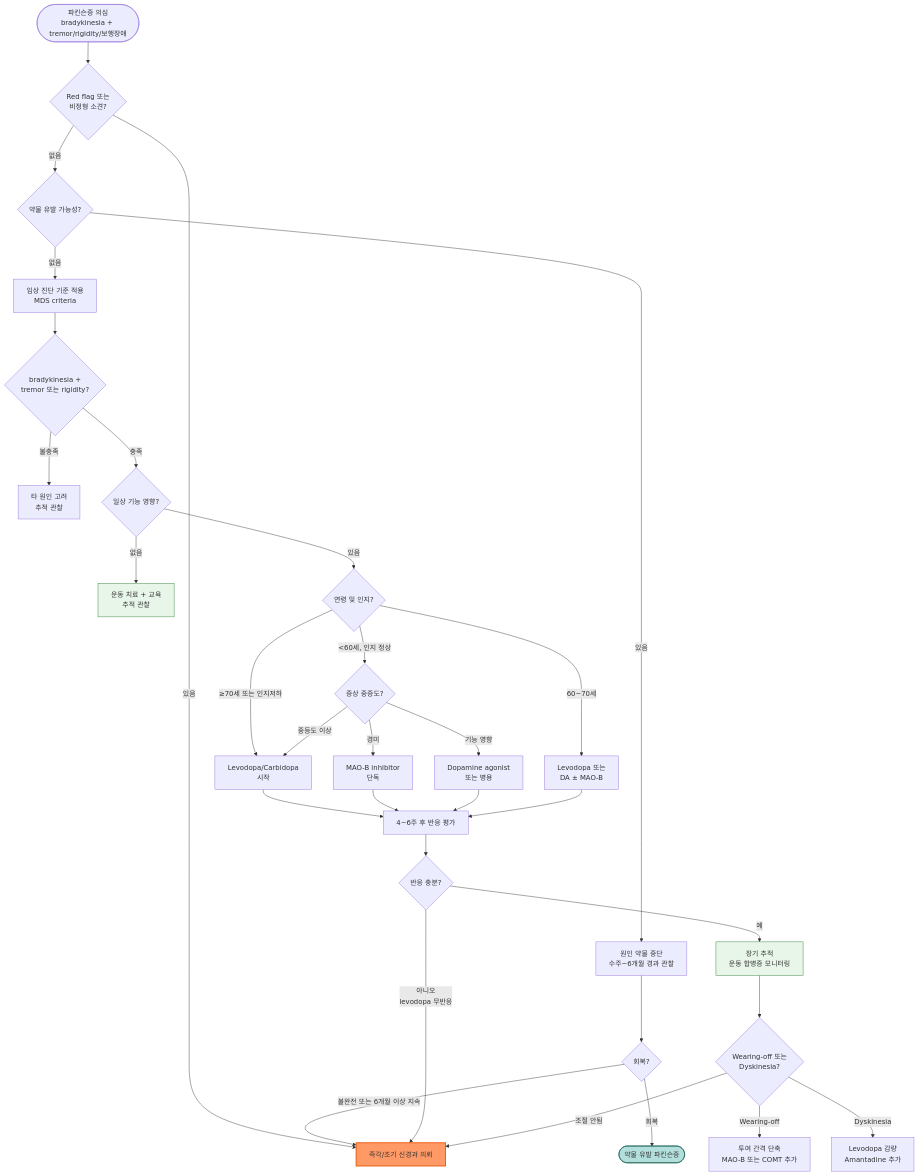
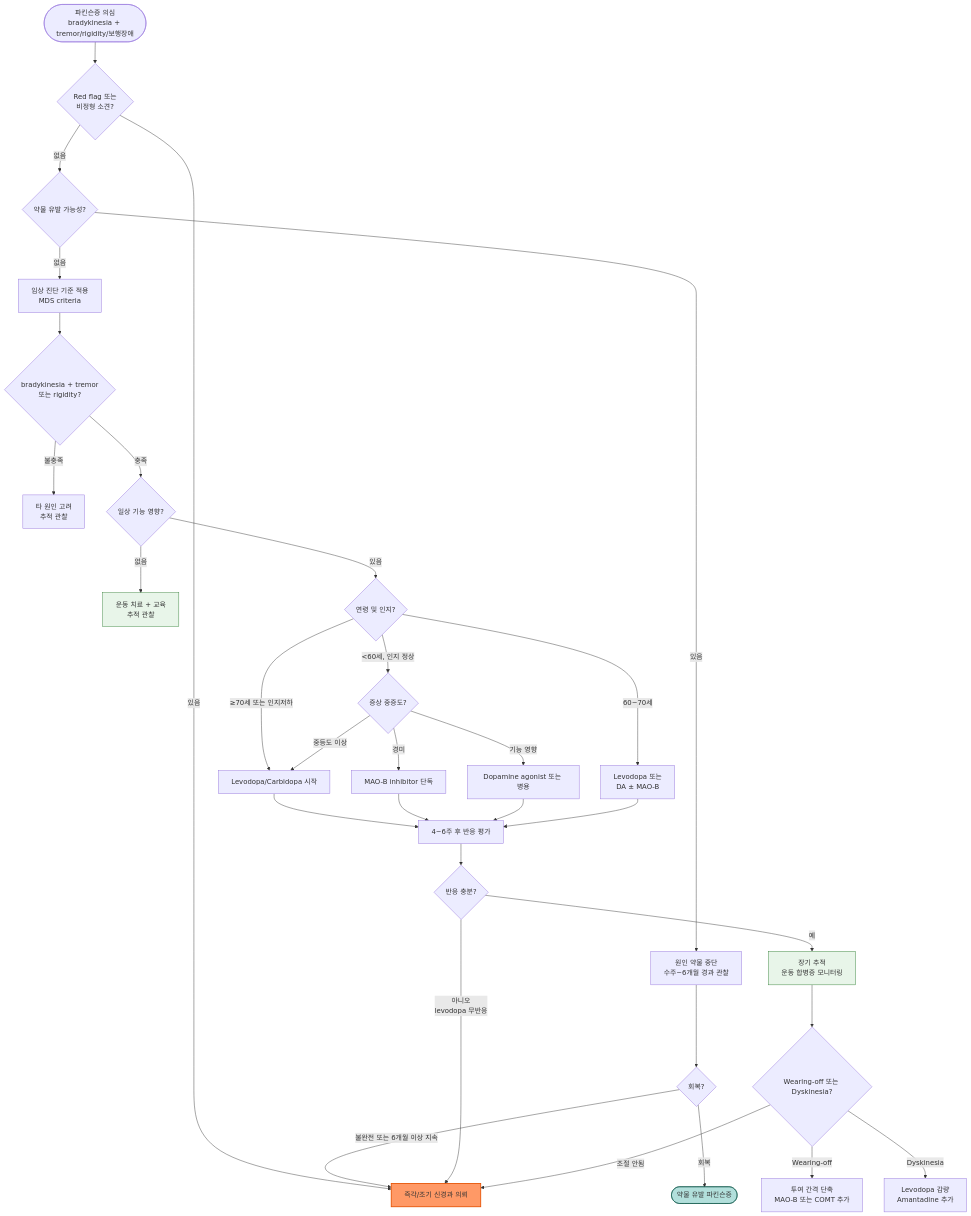
One commit to familyoh77/familyoh77 changed the diagram in 221_/035_-parkinsons-disease.md. Above: the diagram before and after it, drawn with Mermaid. The commit also changed other lines of this file, not shown here.

````diff
--- a/221_/035_-parkinsons-disease.md
+++ b/221_/035_-parkinsons-disease.md
@@ -207,38 +202,38 @@
 ```mermaid
 graph TD
-    A([파킨슨증 의심\nbradykinesia + tremor/rigidity/보행장애]) --> B{Red flag 또는\n비정형 소견?}
+    A([파킨슨증 의심<br/>bradykinesia + tremor/rigidity/보행장애]) --> B{Red flag 또는 <br/>비정형 소견?}
     B -->|있음| C[즉각/조기 신경과 의뢰]
     B -->|없음| D{약물 유발 가능성?}
-    D -->|있음| E[원인 약물 중단\n수주~6개월 경과 관찰]
+    D -->|있음| E[원인 약물 중단<br/>수주~6개월 경과 관찰]
     E --> F{회복?}
     F -->|불완전 또는 6개월 이상 지속| C
     F -->|회복| G([약물 유발 파킨슨증])
-    D -->|없음| H[임상 진단 기준 적용\nMDS criteria]
-    H --> I{bradykinesia +\ntremor 또는 rigidity?}
-    I -->|불충족| J[타 원인 고려\n추적 관찰]
+    D -->|없음| H[임상 진단 기준 적용<br/>MDS criteria]
+    H --> I{bradykinesia + tremor <br/>또는 rigidity?}
+    I -->|불충족| J[타 원인 고려<br/>추적 관찰]
     I -->|충족| K{일상 기능 영향?}
-    K -->|없음| L[운동 치료 + 교육\n추적 관찰]
+    K -->|없음| L[운동 치료 + 교육<br/>추적 관찰]
     K -->|있음| M{연령 및 인지?}
-    M -->|≥70세 또는 인지저하| N[Levodopa/Carbidopa\n시작]
+    M -->|≥70세 또는 인지저하| N[Levodopa/Carbidopa 시작]
     M -->|<60세, 인지 정상| O{증상 중증도?}
-    O -->|경미| P[MAO-B inhibitor\n단독]
-    O -->|기능 영향| Q[Dopamine agonist\n또는 병용]
+    O -->|경미| P[MAO-B inhibitor 단독]
+    O -->|기능 영향| Q[Dopamine agonist 또는 병용]
     O -->|중등도 이상| N
-    M -->|60~70세| R[Levodopa 또는\nDA ± MAO-B]
+    M -->|60~70세| R[Levodopa 또는<br/>DA ± MAO-B]
     N --> S[4~6주 후 반응 평가]
     P --> S
     Q --> S
     R --> S
     S --> T{반응 충분?}
-    T -->|예| U[장기 추적\n운동 합병증 모니터링]
-    T -->|아니오\nlevodopa 무반응| C
-    U --> V{Wearing-off 또는\nDyskinesia?}
-    V -->|Wearing-off| W[투여 간격 단축\nMAO-B 또는 COMT 추가]
-    V -->|Dyskinesia| X[Levodopa 감량\nAmantadine 추가]
+    T -->|예| U[장기 추적<br/>운동 합병증 모니터링]
+    T -->|아니오<br/>levodopa 무반응| C
+    U --> V{Wearing-off 또는 Dyskinesia?}
+    V -->|Wearing-off| W[투여 간격 단축<br/>MAO-B 또는 COMT 추가]
+    V -->|Dyskinesia| X[Levodopa 감량<br/>Amantadine 추가]
     V -->|조절 안됨| C
 
     style C fill:#f96,stroke:#e65100,stroke-width:2px
     style G fill:#b2dfdb,stroke:#004d40,stroke-width:1px
     style L fill:#e8f5e9,stroke:#2e7d32,stroke-width:1px
     style U fill:#e8f5e9,stroke:#2e7d32,stroke-width:1px
 ```
````
